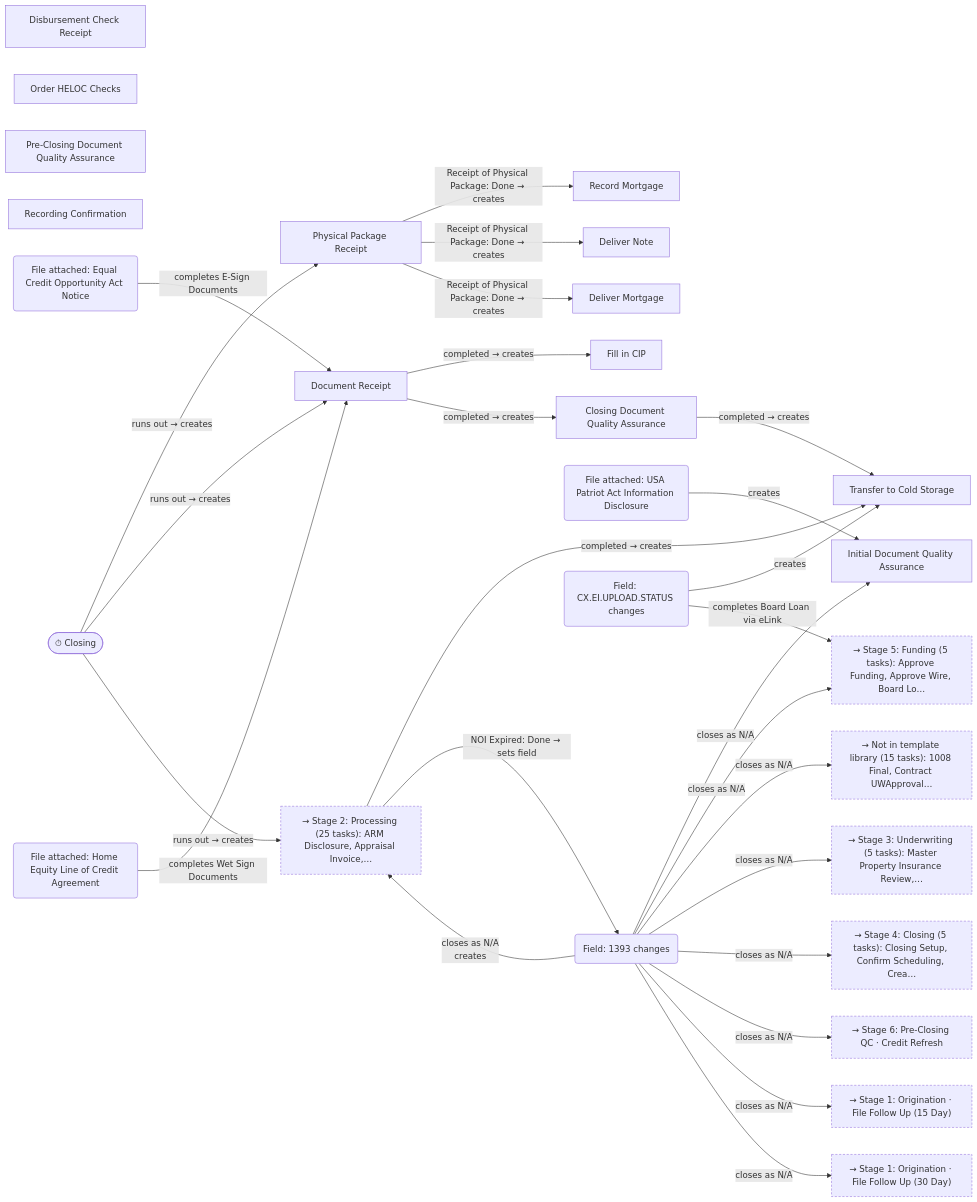
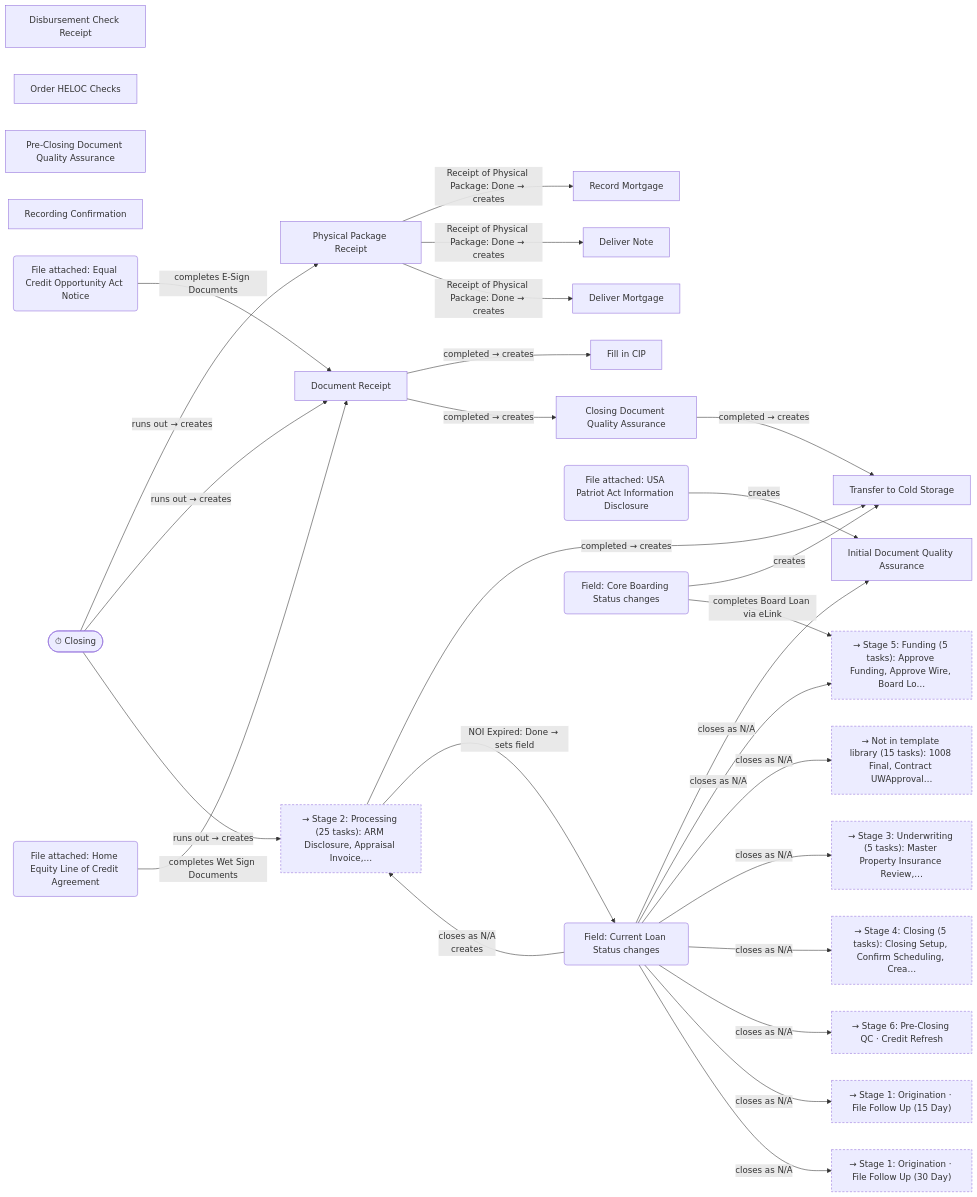
Before and after one commit to NewAige/mortgage-tasks: the tenth of 24 diagrams in docs/RULES_MAP.md, drawn with Mermaid. The commit also changed other lines of this file and 4 other files, not shown here.

````diff
--- a/docs/RULES_MAP.md
+++ b/docs/RULES_MAP.md
@@ -739,65 +739,65 @@
 ```mermaid
 flowchart LR
     n1["Closing Document Quality Assurance"]
     n2["Deliver Mortgage"]
     n3["Deliver Note"]
     n4["Disbursement Check Receipt"]
     n5["Document Receipt"]
     n6["Fill in CIP"]
     n7["Initial Document Quality Assurance"]
     n8["Order HELOC Checks"]
     n9["Physical Package Receipt"]
     n10["Pre-Closing Document Quality Assurance"]
     n11["Record Mortgage"]
     n12["Recording Confirmation"]
     n13["Transfer to Cold Storage"]
     n14["→ Stage 2: Processing (25 tasks): ARM Disclosure, Appraisal Invoice,…"]
     class n14 stub
     n15("File attached: USA Patriot Act Information Disclosure")
-    n16("Field: 1393 changes")
-    n17("Field: CX.EI.UPLOAD.STATUS changes")
+    n16("Field: Current Loan Status changes")
+    n17("Field: Core Boarding Status changes")
     n18("File attached: Equal Credit Opportunity Act Notice")
     n19(["⏱ Closing"])
     n20("File attached: Home Equity Line of Credit Agreement")
     n21["→ Stage 5: Funding (5 tasks): Approve Funding, Approve Wire, Board Lo…"]
     class n21 stub
     n22["→ Not in template library (15 tasks): 1008 Final, Contract UWApproval…"]
     class n22 stub
     n23["→ Stage 3: Underwriting (5 tasks): Master Property Insurance Review,…"]
     class n23 stub
     n24["→ Stage 4: Closing (5 tasks): Closing Setup, Confirm Scheduling, Crea…"]
     class n24 stub
     n25["→ Stage 6: Pre-Closing QC · Credit Refresh"]
     class n25 stub
     n26["→ Stage 1: Origination · File Follow Up (15 Day)"]
     class n26 stub
     n27["→ Stage 1: Origination · File Follow Up (30 Day)"]
     class n27 stub
     n5 -->|"completed → creates"| n6
     n5 -->|"completed → creates"| n1
     n14 -->|"completed → creates"| n13
     n15 -->|"creates"| n7
     n16 -->|"closes as N/A"| n7
     n1 -->|"completed → creates"| n13
     n17 -->|"creates"| n13
     n9 -->|"Receipt of Physical Package: Done → creates"| n11
     n9 -->|"Receipt of Physical Package: Done → creates"| n3
     n9 -->|"Receipt of Physical Package: Done → creates"| n2
     n18 -->|"completes E-Sign Documents"| n5
     n19 -->|"runs out → creates"| n9
     n19 -->|"runs out → creates"| n5
     n20 -->|"completes Wet Sign Documents"| n5
     n17 -->|"completes Board Loan via eLink"| n21
     n16 -->|"closes as N/A"| n21
     n16 -->|"closes as N/A<br/>creates"| n14
     n16 -->|"closes as N/A"| n22
     n16 -->|"closes as N/A"| n23
     n16 -->|"closes as N/A"| n24
     n16 -->|"closes as N/A"| n25
     n16 -->|"closes as N/A"| n26
     n16 -->|"closes as N/A"| n27
     n14 -->|"NOI Expired: Done → sets field"| n16
     n19 -->|"runs out → creates"| n14
     classDef stub stroke-dasharray: 4 3
     classDef gap stroke-dasharray: 2 4
 ```
````
